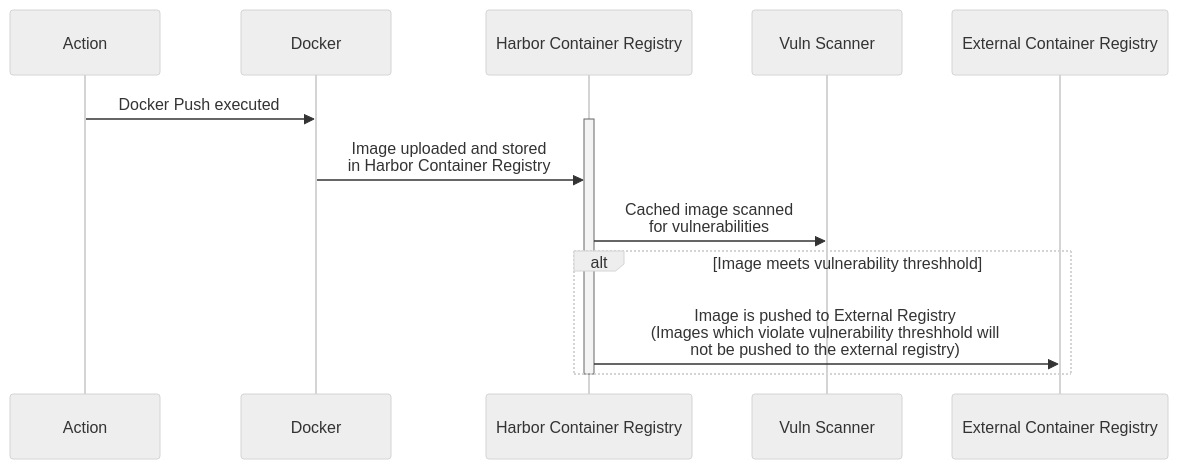
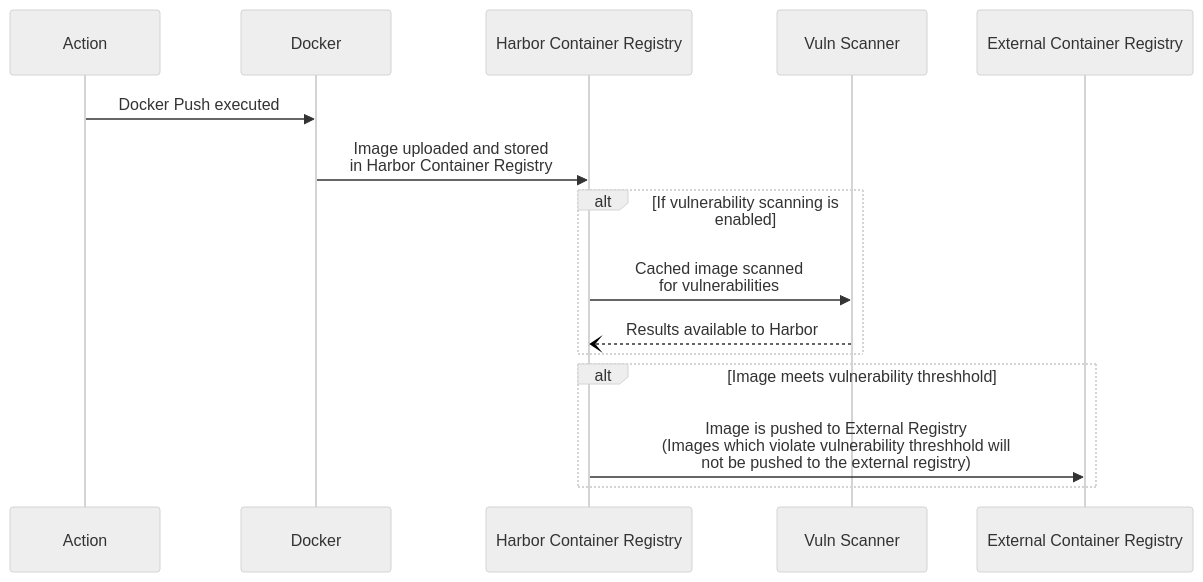
One commit to retaildevcrews/ngsa-asb changed the fifth of 5 diagrams in spikes/harbor/harborflows.md. Above: the diagram before and after it, drawn with Mermaid (neutral theme). The commit also changed other lines of this file, not shown here.

Commit message:
updated flows to account for scanning results

````diff
--- a/spikes/harbor/harborflows.md
+++ b/spikes/harbor/harborflows.md
@@ -68,17 +87,18 @@
 ```mermaid
 sequenceDiagram
     participant action  as Action 
     participant docker  as Docker
     participant harbor  as Harbor Container Registry
     participant scan    as Vuln Scanner
     participant ecr     as External Container Registry
 
     action     ->> docker: Docker Push executed
-    activate   harbor
     docker     ->> harbor: Image uploaded and stored <br> in Harbor Container Registry
-    harbor    ->> scan: Cached image scanned <br> for vulnerabilities
+    alt If vulnerability scanning is enabled
+        harbor    ->> scan: Cached image scanned <br> for vulnerabilities
+        scan      --) harbor: Results available to Harbor
+        end
     alt Image meets vulnerability threshhold 
         harbor    ->> ecr: Image is pushed to External Registry <br> (Images which violate vulnerability threshhold will <br> not be pushed to the external registry)
         end
-    deactivate  harbor
 ```
````
